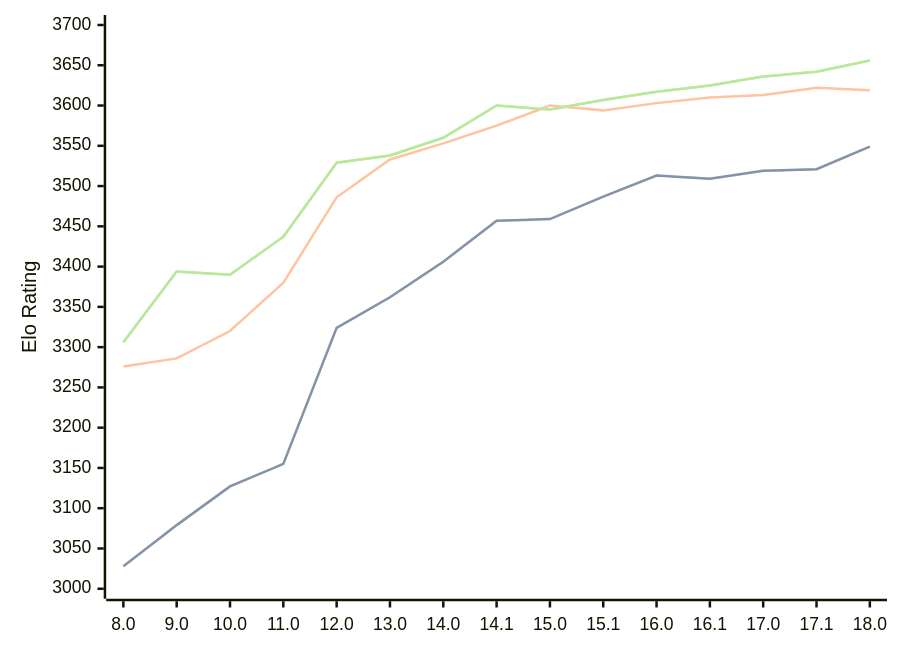
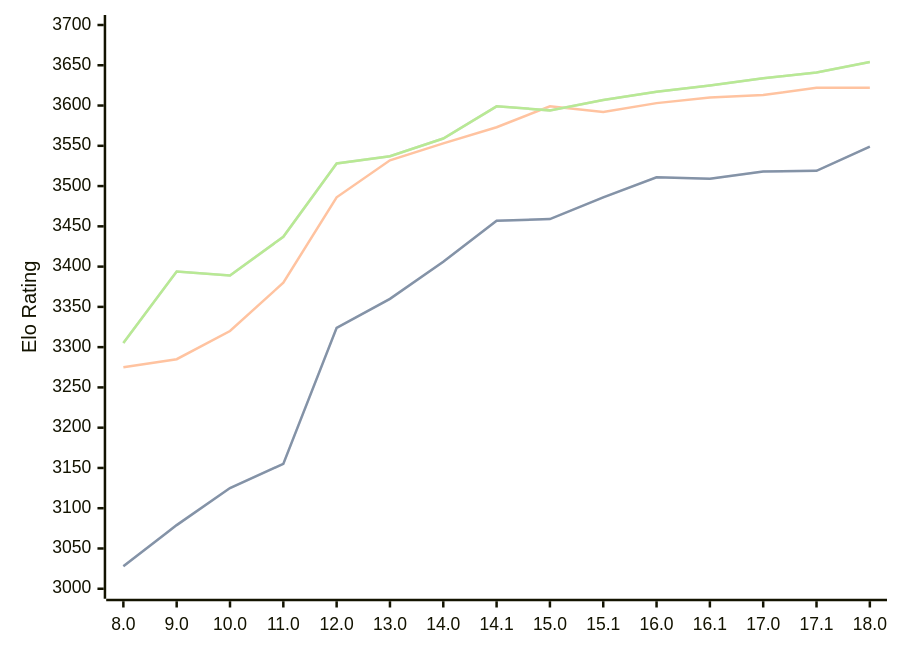
Before and after one commit to computer-chess-index/cci: the diagram in engines/Stockfish.md, drawn with Mermaid. The commit also changed other lines of this file, not shown here.

Commit message:
Update CCI Ratings (ELO VLTC) - 2026-04-20

````diff
--- a/engines/Stockfish.md
+++ b/engines/Stockfish.md
@@ -46,11 +46,11 @@
 ```mermaid
 %%{init: {"theme":"base","themeVariables":{"seriesColors:['#a3a3a3','#222221','#faa371']}}}%%
 xychart-beta
   x-axis ["8.0", "9.0", "10.0", "11.0", "12.0", "13.0", "14.0", "14.1", "15.0", "15.1", "16.0", "16.1", "17.0", "17.1", "18.0"]
   y-axis "Elo Rating" 3000 --> 3700
-  line "STC (8.0+0.08s)" [3028, 3079, 3127, 3155, 3324, 3362, 3406, 3457, 3459, 3487, 3513, 3509, 3519, 3521, 3549]
-  line "STC (8.0+0.08s)" [3028, 3079, 3127, 3155, 3324, 3362, 3406, 3457, 3459, 3487, 3513, 3509, 3519, 3521, 3549]
-  line "LTC (60.0+0.60s)" [3276, 3286, 3320, 3380, 3486, 3533, 3553, 3575, 3600, 3594, 3603, 3610, 3613, 3622, 3619]
-  line "VLTC (2m24s+1.12s)" [3306, 3394, 3390, 3437, 3529, 3538, 3560, 3600, 3595, 3607, 3617, 3625, 3636, 3642, 3656]
-  line "VLTC (2m24s+1.12s)" [3306, 3394, 3390, 3437, 3529, 3538, 3560, 3600, 3595, 3607, 3617, 3625, 3636, 3642, 3656]
+  line "STC (8.0+0.08s)" [3028, 3079, 3125, 3155, 3324, 3360, 3406, 3457, 3459, 3486, 3511, 3509, 3518, 3519, 3549]
+  line "STC (8.0+0.08s)" [3028, 3079, 3125, 3155, 3324, 3360, 3406, 3457, 3459, 3486, 3511, 3509, 3518, 3519, 3549]
+  line "LTC (60.0+0.60s)" [3275, 3285, 3320, 3380, 3486, 3532, 3553, 3573, 3599, 3592, 3603, 3610, 3613, 3622, 3622]
+  line "VLTC (2m24s+1.12s)" [3305, 3394, 3389, 3437, 3528, 3537, 3559, 3599, 3594, 3607, 3617, 3625, 3634, 3641, 3654]
+  line "VLTC (2m24s+1.12s)" [3305, 3394, 3389, 3437, 3528, 3537, 3559, 3599, 3594, 3607, 3617, 3625, 3634, 3641, 3654]
 ```
````
